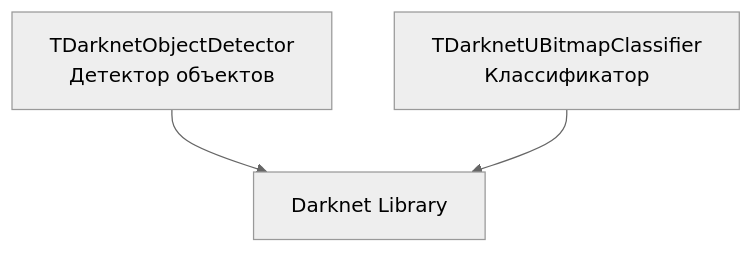
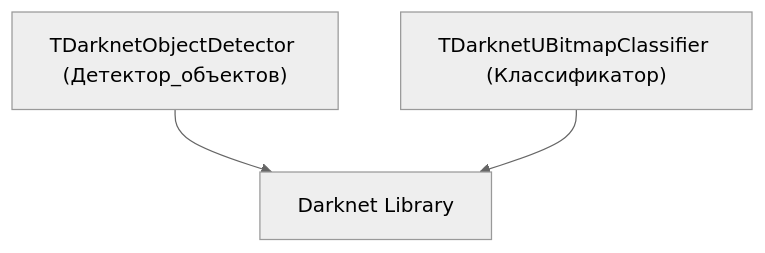
Before and after one commit to aicommunity/Rdk-DarknetLib: the first of 2 diagrams in Docs/Architecture.md, drawn with Mermaid (neutral theme). The commit also changed other lines of this file and 1 other file, not shown here.

````diff
--- a/Docs/Architecture.md
+++ b/Docs/Architecture.md
@@ -11,9 +11,9 @@
 ```mermaid
 flowchart TB
-    TDarknetObjectDetector[TDarknetObjectDetector<br/>Детектор объектов]
-    TDarknetClassifier[TDarknetUBitmapClassifier<br/>Классификатор]
+    TDarknetObjectDetector["TDarknetObjectDetector (Детектор_объектов)"]
+    TDarknetClassifier["TDarknetUBitmapClassifier (Классификатор)"]
     DarknetLib[Darknet Library]
     
     TDarknetObjectDetector --> DarknetLib
     TDarknetClassifier --> DarknetLib
 ```
````
